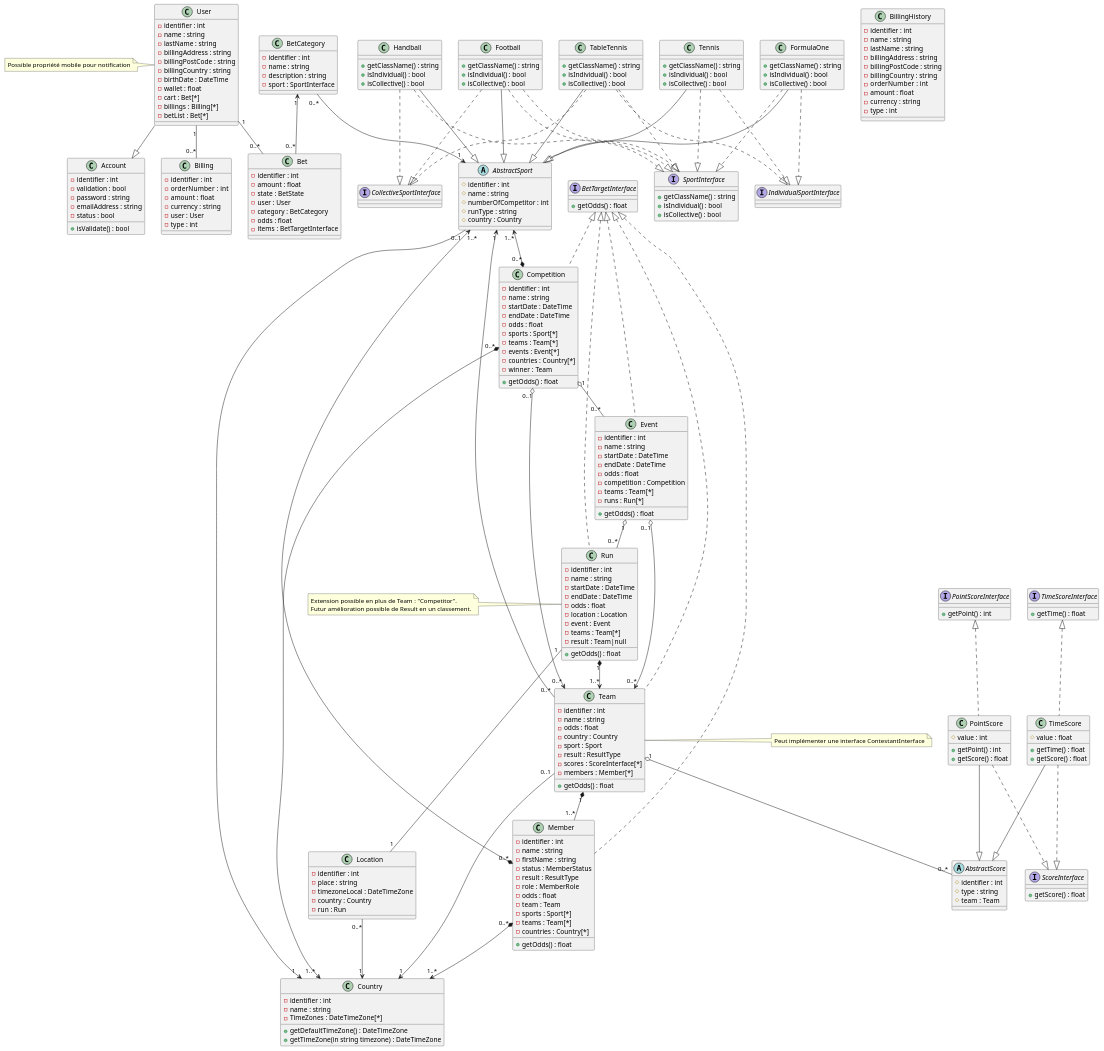
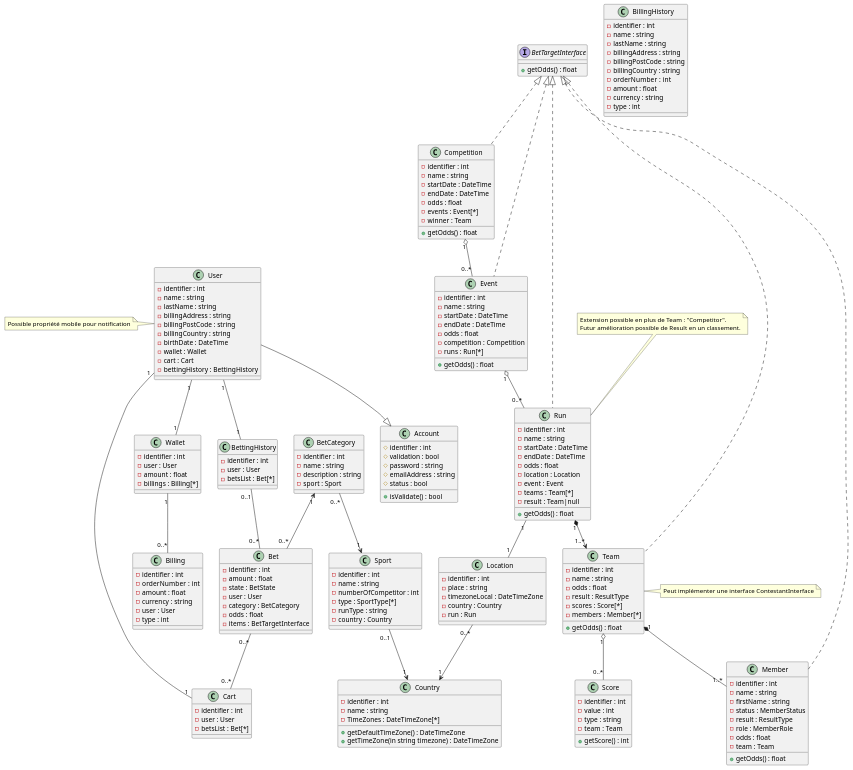
One commit to OFP-CDA-Mulhouse-2020/parisportif5 changed the diagram in Diagramme_de_classe.puml. Above: the diagram before and after it, drawn with PlantUML.

Commit message:
2020-11-10 - #4 - Restructuration du diagramme de classe

```diff
--- a/Diagramme_de_classe.puml
+++ b/Diagramme_de_classe.puml
@@ -4,65 +4,57 @@
 'Relations :
     User --|> Account
     BetCategory "1" <-- "0..*" Bet
-    User "1" -- "0..*" Bet
-    BetCategory "0..*" --> "1" AbstractSport
-    AbstractSport "1..*" <--* "0..*" Competition
-    Country "1..*" <--* "0..*" Competition
+    User "1" -- "1" BettingHistory
+    User "1" -- "1" Wallet
+    User "1" -- "1" Cart
+    Bet "0..*" -- "0..*" Cart
+    BettingHistory "0..1" -- "0..*" Bet
+    BetCategory "0..*" --> "1" Sport
     Competition "1" o-- "0..*" Event
     Event "1" o-- "0..*" Run
     Run "1" -- "1" Location
-    Team "1" o-- "0..*" AbstractScore
+    Team "1" o-- "0..*" Score
     Run "1" *--> "1..*" Team
     Team "1" *-- "1..*" Member
-    Country "1" <-- "0..1" Team
-    Competition "0..1" o--> "0..*" Team
-    Event "0..1" o--> "0..*" Team
-    AbstractSport "0..1" --> "1" Country
-    Team "0..*" --> "1" AbstractSport
-    Member "0..*" *--> "1..*" AbstractSport
-    Member "0..*" *--> "1..*" Country
+    Sport "0..1" --> "1" Country
     Location "0..*" --> "1" Country
-    User "1" -- "0..*" Billing
+    Wallet "1" -- "0..*" Billing
     BetTargetInterface <|.. Competition
     BetTargetInterface <|.. Event
     BetTargetInterface <|.. Run
     BetTargetInterface <|.. Team
     BetTargetInterface <|.. Member
-    PointScoreInterface <|.. PointScore
-    TimeScoreInterface <|.. TimeScore
-    TimeScore --|> AbstractScore
-    PointScore --|> AbstractScore
-    TimeScore ..|> ScoreInterface
-    PointScore ..|> ScoreInterface
-    Football ..|> SportInterface
-    Football ..|> SportInterface
-    Handball ..|> SportInterface
-    Tennis ..|> SportInterface
-    FormulaOne  ..|> SportInterface
-    TableTennis ..|> SportInterface
-    Football --|> AbstractSport
-    Handball --|> AbstractSport
-    Tennis --|> AbstractSport
-    FormulaOne --|> AbstractSport
-    TableTennis --|> AbstractSport
-    Football ..|> CollectiveSportInterface
-    Handball ..|> CollectiveSportInterface
-    Tennis ..|> IndividualSportInterface
-    FormulaOne  ..|> IndividualSportInterface
-    TableTennis ..|> CollectiveSportInterface
-    TableTennis ..|> IndividualSportInterface
 'Définitions des classes :
+    'Porte-feuille de l'utilisateur avec des fonds (de l'argent gagnés)
+    class Wallet {
+        -identifier : int
+        -user : User
+        -amount : float
+        -billings : Billing[*]
+    }
+    'Panier qui contient les paris sélectionnés
+    class Cart {
+        -identifier : int
+        -user : User
+        -betsList : Bet[*]
+    }
+    'Historique des paris gagnés ou perdus
+    class BettingHistory {
+        -identifier : int
+        -user : User
+        -betsList : Bet[*]
+    }
     'interface de généralisation pour les classes autorisé à être parié
     interface BetTargetInterface {
         +getOdds() : float
     }
     'Compte (sert à ce connecter)
     class Account {
-        -identifier : int
-        -validation : bool
-        -password : string
-        -emailAddress : string
-        -status : bool
+        #identifier : int
+        #validation : bool
+        #password : string
+        #emailAddress : string
+        #status : bool
         +isValidate() : bool
     }
     'Utilisateur avec un compte
@@ -74,10 +66,9 @@
         -billingPostCode : string
         -billingCountry : string
         -birthDate : DateTime
-        -wallet : float
-        -cart : Bet[*]
-        -billings : Billing[*]
-        -betList : Bet[*]
+        -wallet : Wallet
+        -cart : Cart
+        -bettingHistory : BettingHistory
     }
     note left : Possible propriété mobile pour notification
     'Factures (type=débit ou crédit)
@@ -117,7 +108,7 @@
         -identifier : int
         -name : string
         -description : string
-        -sport : SportInterface
+        -sport : Sport
     }
     'Lieu de la rencontre/course
     class Location {
@@ -127,49 +118,14 @@
         -country : Country
         -run : Run
     }
-    'Sport pratiqué (runtype = fixture, race)
-    abstract class AbstractSport {
-        #identifier : int
-        #name : string
-        #numberOfCompetitor : int
-        #runType : string
-        #country : Country
-    }
-    'interface de généralisation pour un Sport
-    interface SportInterface {
-        +getClassName() : string
-        +isIndividual() : bool
-        +isCollective() : bool
-    }
-    'interface pour différencier sport individuel
-    interface IndividualSportInterface
-    'interface pour différencier sport collectif
-    interface CollectiveSportInterface
-    'Liste de sports
-    class Football {
-        +getClassName() : string
-        +isIndividual() : bool
-        +isCollective() : bool
-    }
-    class Handball {
-        +getClassName() : string
-        +isIndividual() : bool
-        +isCollective() : bool
-    }
-    class Tennis {
-        +getClassName() : string
-        +isIndividual() : bool
-        +isCollective() : bool
-    }
-    class FormulaOne {
-        +getClassName() : string
-        +isIndividual() : bool
-        +isCollective() : bool
-    }
-    class TableTennis {
-        +getClassName() : string
-        +isIndividual() : bool
-        +isCollective() : bool
+    'Sport pratiqué (runtype = fixture, race) (type = collectif ou individuel ou les deux)
+    class Sport {
+        -identifier : int
+        -name : string
+        -numberOfCompetitor : int
+        -type : SportType[*]
+        -runType : string
+        -country : Country
     }
     'Pays du lieu de la rencontre/course
     class Country {
@@ -186,10 +142,7 @@
         -startDate : DateTime
         -endDate : DateTime
         -odds : float
-        -sports : Sport[*]
-        -teams : Team[*]
         -events : Event[*]
-        -countries : Country[*]
         -winner : Team
         +getOdds() : float
     }
@@ -201,7 +154,6 @@
         -endDate : DateTime
         -odds : float
         -competition : Competition
-        -teams : Team[*]
         -runs : Run[*]
         +getOdds() : float
     }
@@ -218,39 +170,17 @@
         -result : Team|null
         +getOdds() : float
     }
-    note left of Run
+    note top of Run
     Extension possible en plus de Team : "Competitor".
     Futur amélioration possible de Result en un classement.
     end note
-    'interface pour Score en temps
-    interface TimeScoreInterface {
-        +getTime() : float
-    }
-    'interface pour Score en points
-    interface PointScoreInterface {
-        +getPoint() : int
-    }
-    'interface de généralisation pour un Score
-    interface ScoreInterface {
-        +getScore() : float
-    }
     'Score de l'équipe ou du membre de l'équipe
-    abstract class AbstractScore {
-        #identifier : int
-        #type : string
-        #team : Team
-    }
-    'Score en temps
-    class TimeScore {
-        #value : float
-        +getTime() : float
-        +getScore() : float
-    }
-    'Score en points
-    class PointScore {
-        #value : int
-        +getPoint() : int
-        +getScore() : float
+    class Score {
+        -identifier : int
+        -value : int
+        -type : string
+        -team : Team
+        +getScore() : int
     }
     'Joueur ou sportif ou pilote
     class Member {
@@ -262,9 +192,6 @@
         -role : MemberRole
         -odds : float
         -team : Team
-        -sports : Sport[*]
-        -teams : Team[*]
-        -countries : Country[*]
         +getOdds() : float
     }
     'Équipes qui participe à une rencontre, à une course
@@ -272,10 +199,8 @@
         -identifier : int
         -name : string
         -odds : float
-        -country : Country
-        -sport : Sport
         -result : ResultType
-        -scores : ScoreInterface[*]
+        -scores : Score[*]
         -members : Member[*]
         +getOdds() : float
     }
```
